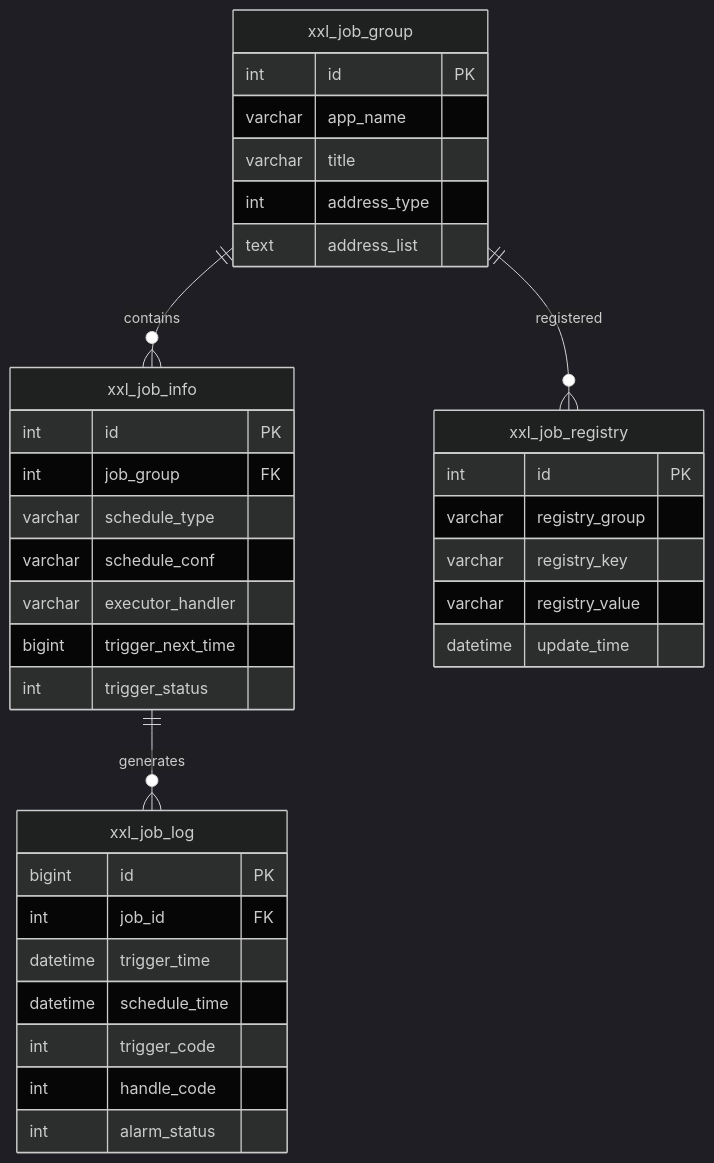
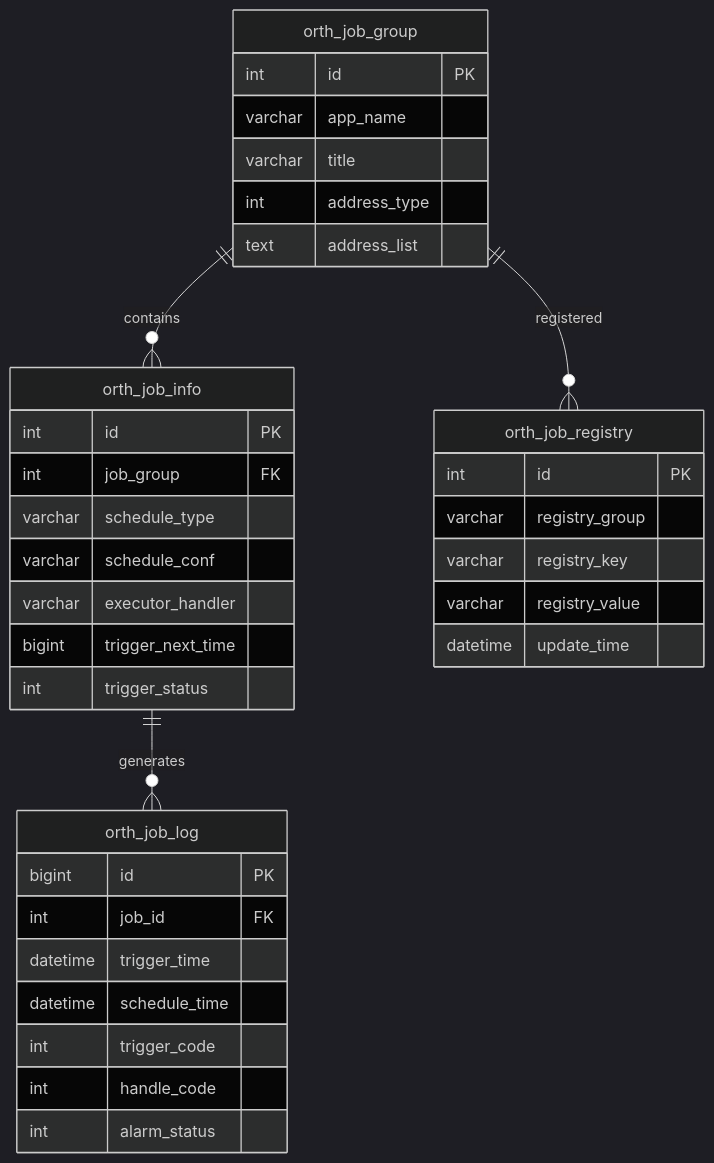
Before and after one commit to zombie12138/orth: the first of 9 diagrams in arch/06-database-layer.md, drawn with Mermaid (dark theme). The commit also changed other lines of this file and 576 other files, not shown here.

First line of the commit message:
refactor: rename xxl-job → orth across entire project

````diff
--- a/arch/06-database-layer.md
+++ b/arch/06-database-layer.md
@@ -5,42 +5,42 @@
 ```mermaid
 erDiagram
-    xxl_job_group ||--o{ xxl_job_info : contains
-    xxl_job_info ||--o{ xxl_job_log : generates
-    xxl_job_group ||--o{ xxl_job_registry : registered
+    orth_job_group ||--o{ orth_job_info : contains
+    orth_job_info ||--o{ orth_job_log : generates
+    orth_job_group ||--o{ orth_job_registry : registered
     
-    xxl_job_group {
+    orth_job_group {
         int id PK
         varchar app_name
         varchar title
         int address_type
         text address_list
     }
     
-    xxl_job_info {
+    orth_job_info {
         int id PK
         int job_group FK
         varchar schedule_type
         varchar schedule_conf
         varchar executor_handler
         bigint trigger_next_time
         int trigger_status
     }
     
-    xxl_job_log {
+    orth_job_log {
         bigint id PK
         int job_id FK
         datetime trigger_time
         datetime schedule_time
         int trigger_code
         int handle_code
         int alarm_status
     }
     
-    xxl_job_registry {
+    orth_job_registry {
         int id PK
         varchar registry_group
         varchar registry_key
         varchar registry_value
         datetime update_time
     }
 ```
````
